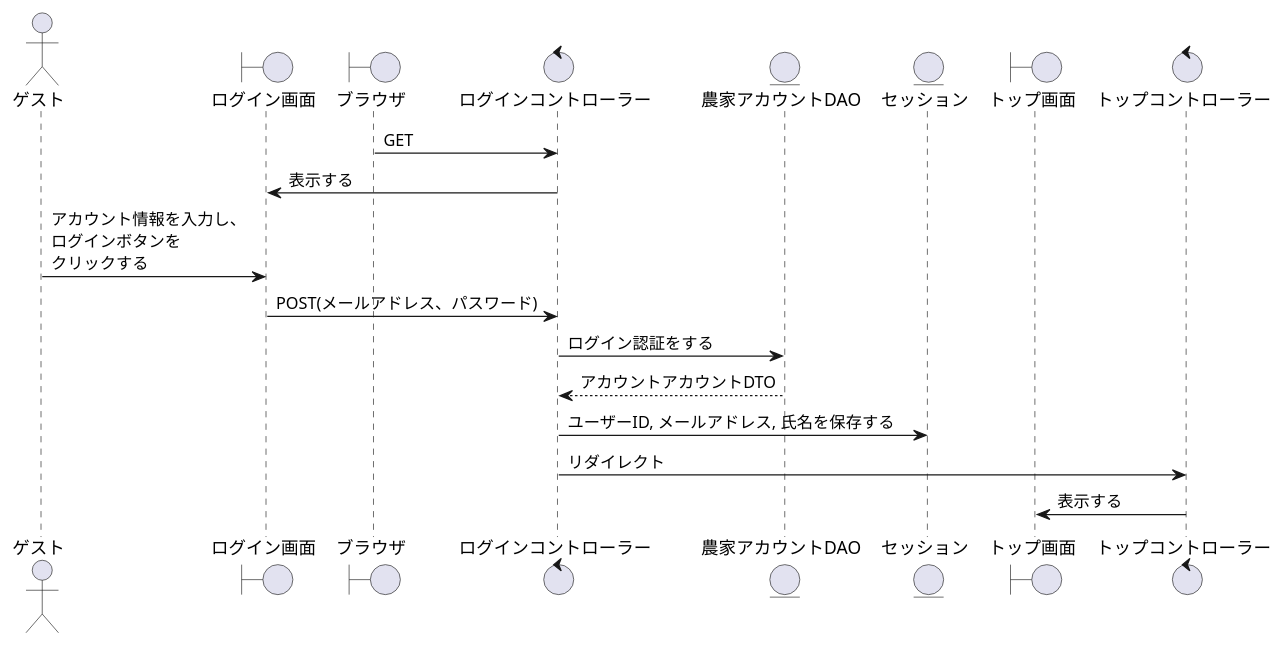
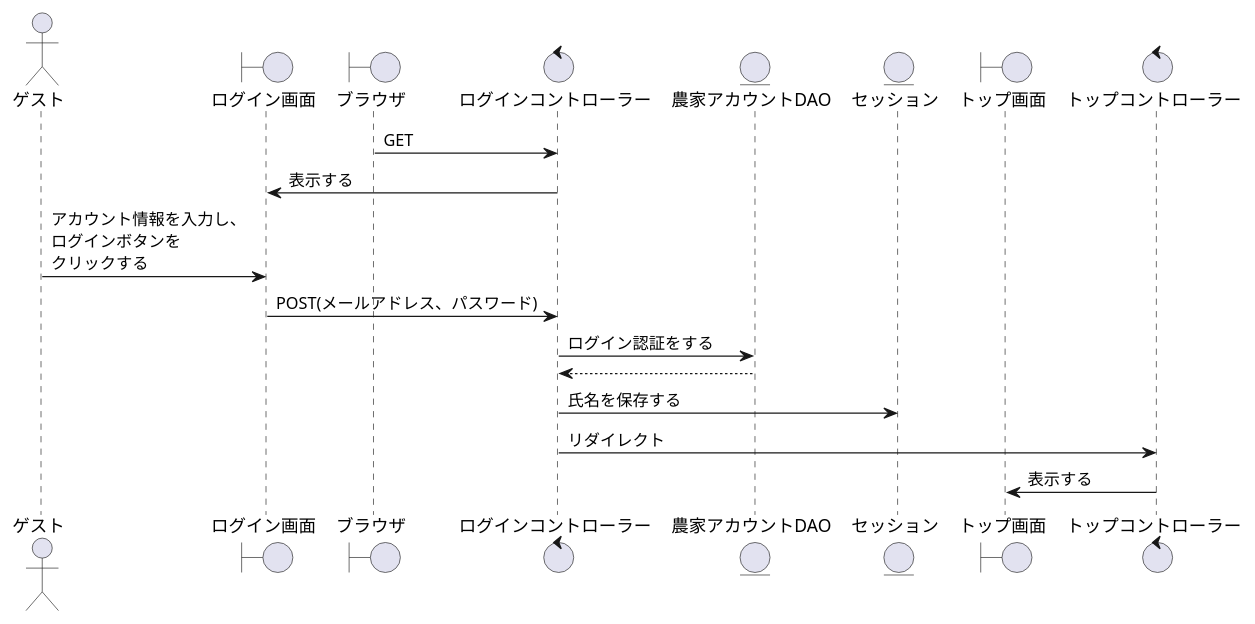
One commit to SK-B-S/PJ changed the diagram in PJ_シーケンス/農家/ログイン.wsd. Above: the diagram before and after it, drawn with PlantUML. The commit also changed 6 other files, not shown here.

```diff
--- a/PJ_シーケンス/農家/ログイン.wsd
+++ b/PJ_シーケンス/農家/ログイン.wsd
@@ -1,24 +1,24 @@
 @startuml ログイン
 
 actor    "ゲスト" as act
 boundary "ログイン画面" as Login
 boundary "ブラウザ" as brz
 control  "ログインコントローラー" as Approval_c
 entity   "農家アカウントDAO" as Account
 entity   "セッション" as sessyon
 boundary "トップ画面" as Top
 control  "トップコントローラー" as Completion_c
 
 '-------------------------------------------------------------------------------------------
 
 brz -> Approval_c : GET
 Login <- Approval_c : 表示する
 act -> Login : アカウント情報を入力し、\nログインボタンを\nクリックする
 Login -> Approval_c : POST(メールアドレス、パスワード)
 Approval_c -> Account : ログイン認証をする
-Approval_c <-- Account :アカウントアカウントDTO
-Approval_c -> sessyon : ユーザーID, メールアドレス, 氏名を保存する
+Approval_c <-- Account
+Approval_c -> sessyon : 氏名を保存する
 Approval_c -> Completion_c : リダイレクト
 Completion_c -> Top : 表示する
 
 @enduml
```
